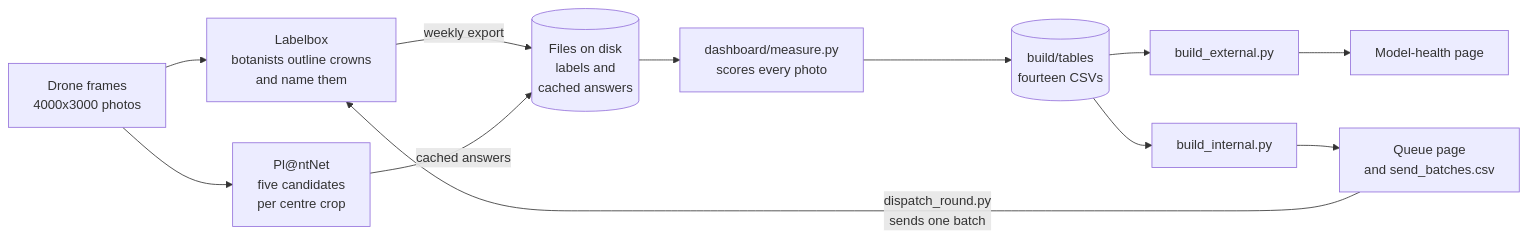
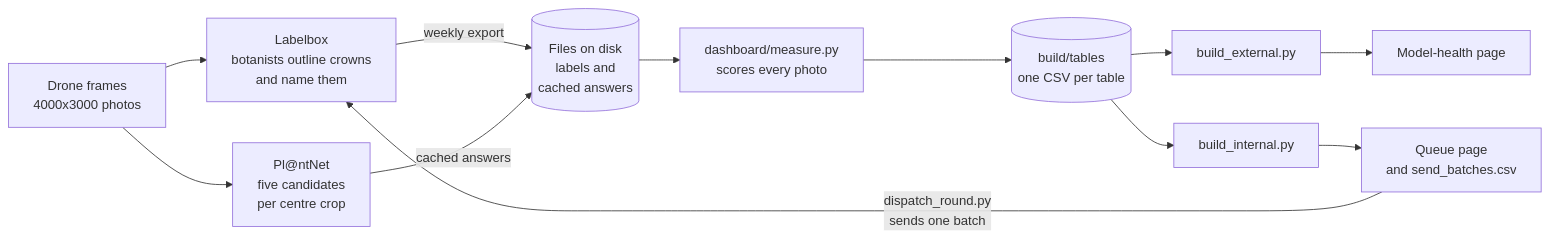
One commit to traitlab/bci-dashboard changed the diagram in diagrams/pipeline.mmd. Above: the diagram before and after it, drawn with Mermaid. The commit also changed 8 other files, not shown here.

```diff
--- a/diagrams/pipeline.mmd
+++ b/diagrams/pipeline.mmd
@@ -1,11 +1,11 @@
 flowchart LR
     frames["Drone frames<br/>4000x3000 photos"]
     frames --> lb["Labelbox<br/>botanists outline crowns<br/>and name them"]
     frames --> pn["Pl@ntNet<br/>five candidates<br/>per centre crop"]
     lb -- "weekly export" --> disk[("Files on disk<br/>labels and<br/>cached answers")]
     pn -- "cached answers" --> disk
     disk --> measure["dashboard/measure.py<br/>scores every photo"]
-    measure --> tables[("build/tables<br/>fourteen CSVs")]
+    measure --> tables[("build/tables<br/>one CSV per table")]
     tables --> ext["build_external.py"] --> health["Model-health page"]
     tables --> int["build_internal.py"] --> queue["Queue page<br/>and send_batches.csv"]
     queue -- "dispatch_round.py<br/>sends one batch" --> lb
```
